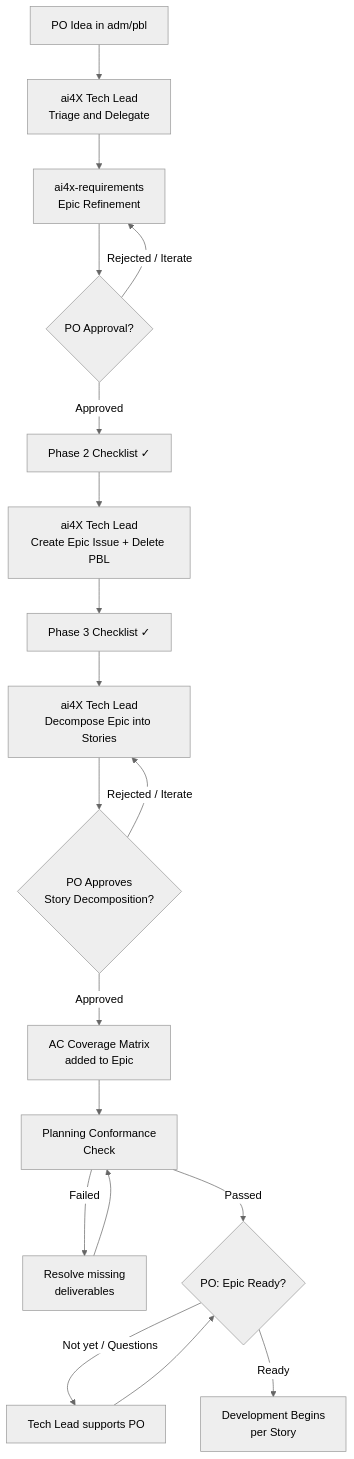
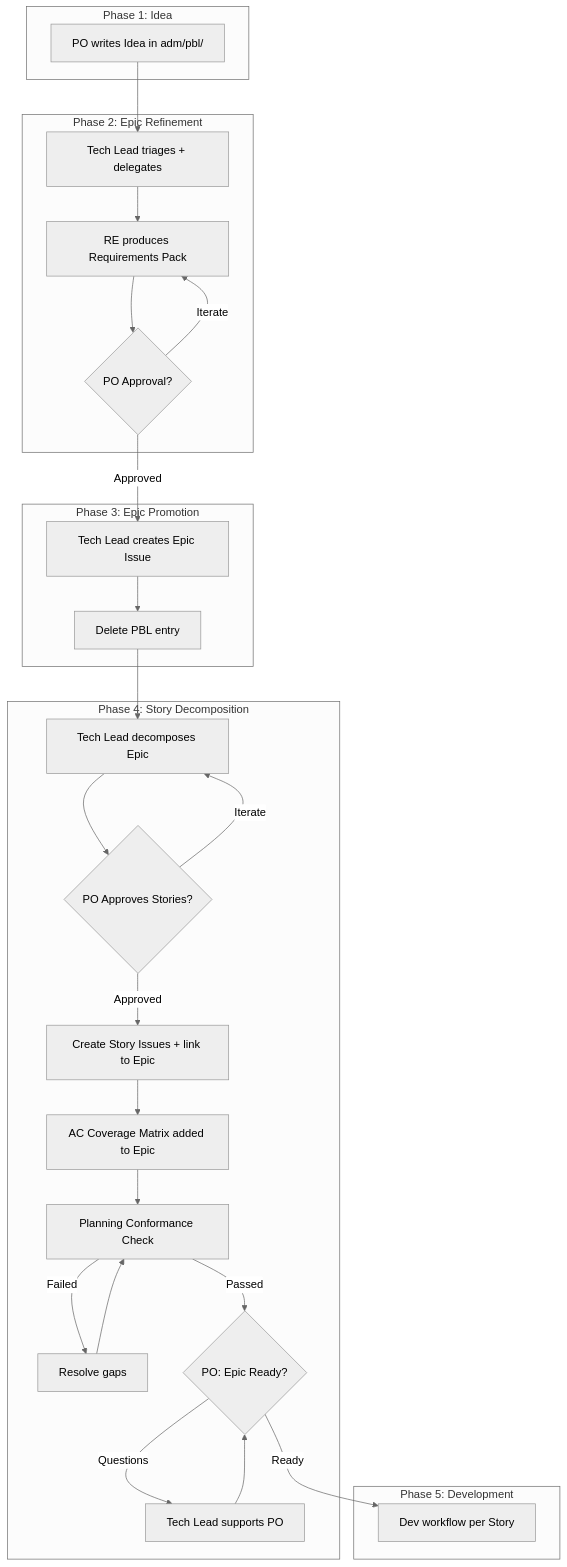
The diagram in adm/gdl/pln/protocols/workflow.md (normenmueller/ai4X), drawn with Mermaid (neutral theme) before and after one commit.

Commit message:
fix(pln): align Visual Flow diagram with planning phases
Phase 4 (Story Decomposition) was not explicitly visible.
Restructured as subgraphs matching Phase 1–5.

````diff
--- a/adm/gdl/pln/protocols/workflow.md
+++ b/adm/gdl/pln/protocols/workflow.md
@@ -168,21 +168,38 @@
 ```mermaid
 flowchart TD
-    IDEA[PO Idea in adm/pbl] --> TL1[ai4X Tech Lead<br/>Triage and Delegate]
-    TL1 --> RE[ai4x-requirements<br/>Epic Refinement]
-    RE --> PO1{PO Approval?}
-    PO1 -->|Rejected / Iterate| RE
-    PO1 -->|Approved| CHK2[Phase 2 Checklist ✓]
-    CHK2 --> PROMO[ai4X Tech Lead<br/>Create Epic Issue + Delete PBL]
-    PROMO --> CHK3[Phase 3 Checklist ✓]
-    CHK3 --> DECOMP[ai4X Tech Lead<br/>Decompose Epic into Stories]
-    DECOMP --> PO2{PO Approves<br/>Story Decomposition?}
-    PO2 -->|Rejected / Iterate| DECOMP
-    PO2 -->|Approved| MATRIX[AC Coverage Matrix<br/>added to Epic]
-    MATRIX --> CONF[Planning Conformance<br/>Check]
-    CONF -->|Failed| FIX[Resolve missing<br/>deliverables]
-    FIX --> CONF
-    CONF -->|Passed| READY{PO: Epic Ready?}
-    READY -->|Not yet / Questions| SUPPORT[Tech Lead supports PO]
-    SUPPORT --> READY
-    READY -->|Ready| DEV[Development Begins<br/>per Story]
+    subgraph P1["Phase 1: Idea"]
+        IDEA[PO writes Idea in adm/pbl/]
+    end
+
+    subgraph P2["Phase 2: Epic Refinement"]
+        TL1[Tech Lead triages + delegates] --> RE[RE produces Requirements Pack]
+        RE --> PO1{PO Approval?}
+        PO1 -->|Iterate| RE
+    end
+
+    subgraph P3["Phase 3: Epic Promotion"]
+        PROMO[Tech Lead creates Epic Issue] --> DEL[Delete PBL entry]
+    end
+
+    subgraph P4["Phase 4: Story Decomposition"]
+        DECOMP[Tech Lead decomposes Epic] --> PO2{PO Approves Stories?}
+        PO2 -->|Iterate| DECOMP
+        PO2 -->|Approved| STORIES[Create Story Issues + link to Epic]
+        STORIES --> MATRIX[AC Coverage Matrix added to Epic]
+        MATRIX --> CONF[Planning Conformance Check]
+        CONF -->|Failed| FIX[Resolve gaps]
+        FIX --> CONF
+        CONF -->|Passed| READY{PO: Epic Ready?}
+        READY -->|Questions| SUPPORT[Tech Lead supports PO]
+        SUPPORT --> READY
+    end
+
+    subgraph P5["Phase 5: Development"]
+        DEV[Dev workflow per Story]
+    end
+
+    IDEA --> TL1
+    PO1 -->|Approved| PROMO
+    DEL --> DECOMP
+    READY -->|Ready| DEV
 ```
````
